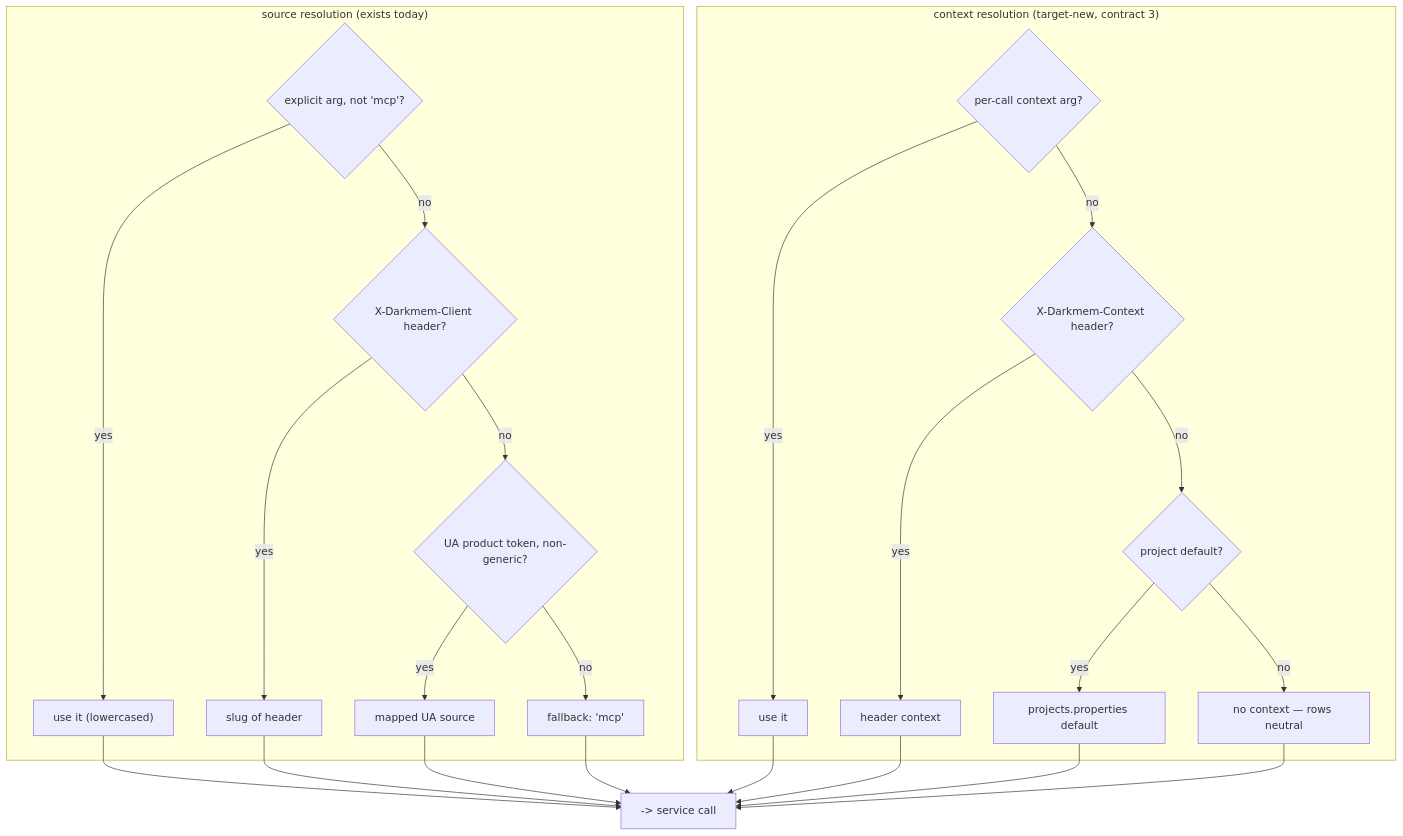
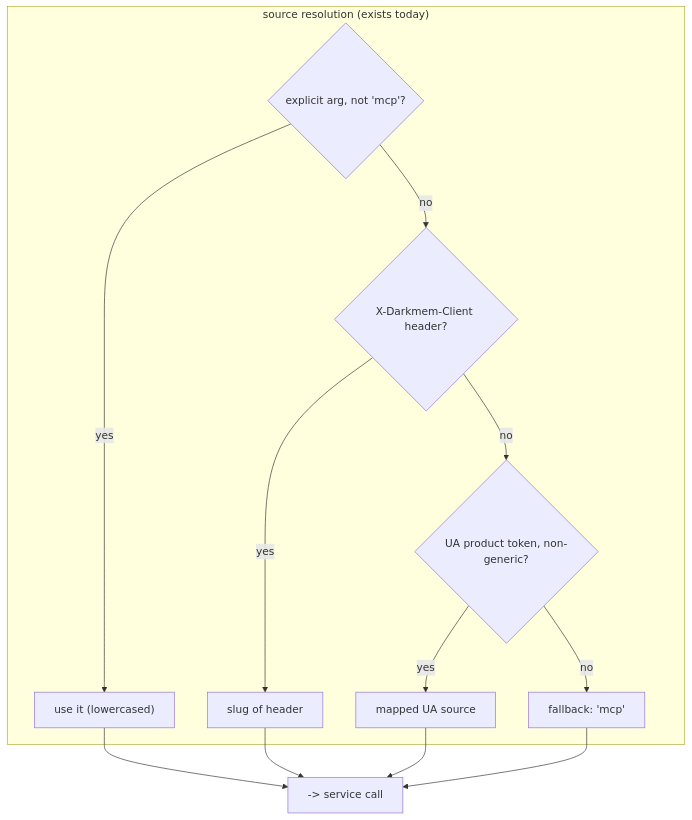
Before and after one commit to darkraise/darkmem: the sixth of 8 diagrams in docs/design/12-api-and-mcp-contract.md, drawn with Mermaid. The commit also changed other lines of this file and 16 other files, not shown here.

````diff
--- a/docs/design/12-api-and-mcp-contract.md
+++ b/docs/design/12-api-and-mcp-contract.md
@@ -455,29 +442,16 @@
 ```mermaid
 flowchart TD
     subgraph SRC["source resolution (exists today)"]
         S1{"explicit arg, not 'mcp'?"}
         S1 -->|yes| SA["use it (lowercased)"]
         S1 -->|no| S2{"X-Darkmem-Client header?"}
         S2 -->|yes| SH["slug of header"]
         S2 -->|no| S3{"UA product token, non-generic?"}
         S3 -->|yes| SU["mapped UA source"]
         S3 -->|no| SF["fallback: 'mcp'"]
     end
-    subgraph CTX["context resolution (target-new, contract 3)"]
-        C1{"per-call context arg?"}
-        C1 -->|yes| CA["use it"]
-        C1 -->|no| C2{"X-Darkmem-Context header?"}
-        C2 -->|yes| CH["header context"]
-        C2 -->|no| C3{"project default?"}
-        C3 -->|yes| CP["projects.properties default"]
-        C3 -->|no| CN["no context — rows neutral"]
-    end
     SA --> W["-> service call"]
     SH --> W
     SU --> W
     SF --> W
-    CA --> W
-    CH --> W
-    CP --> W
-    CN --> W
 ```
````
